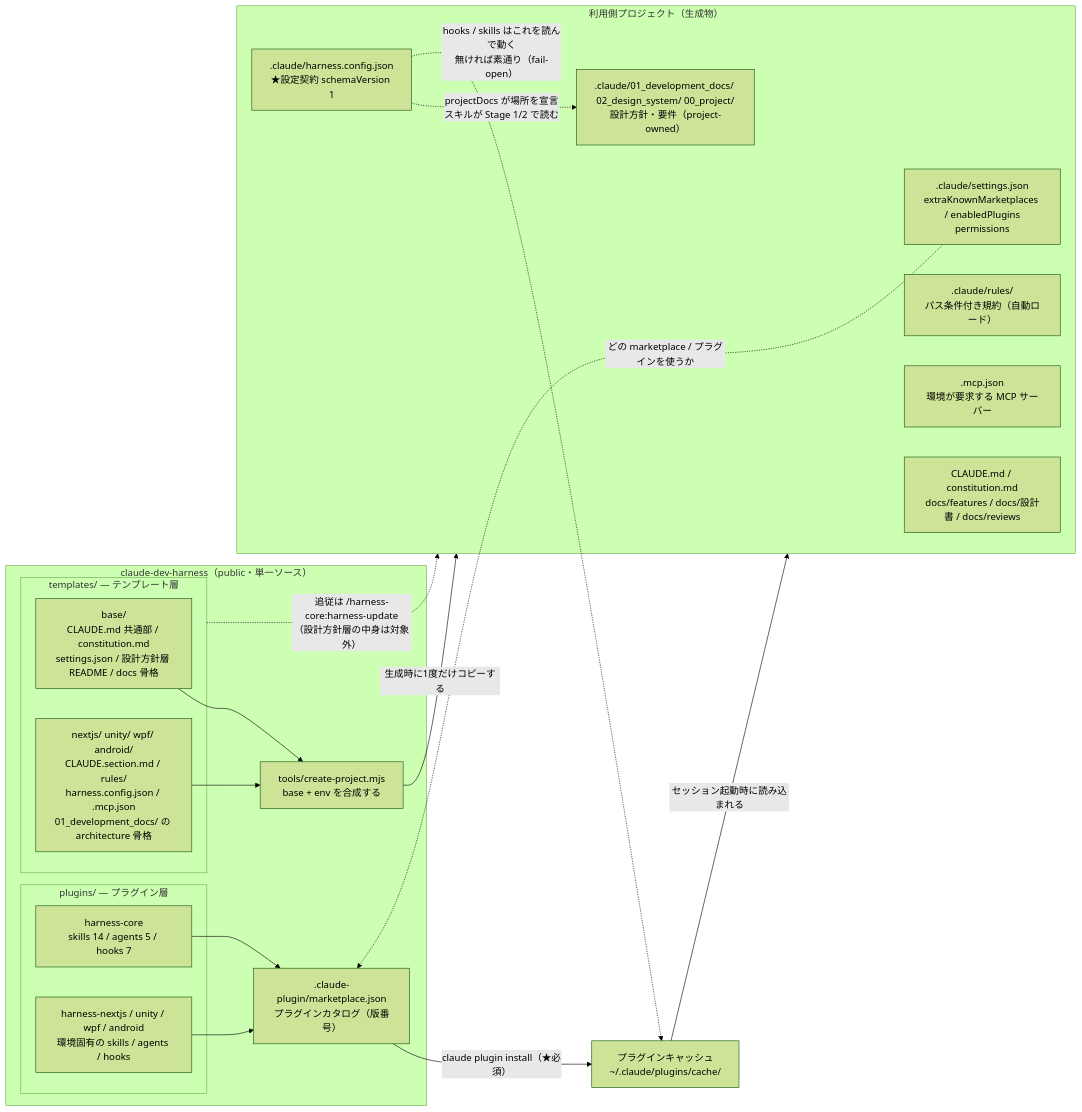
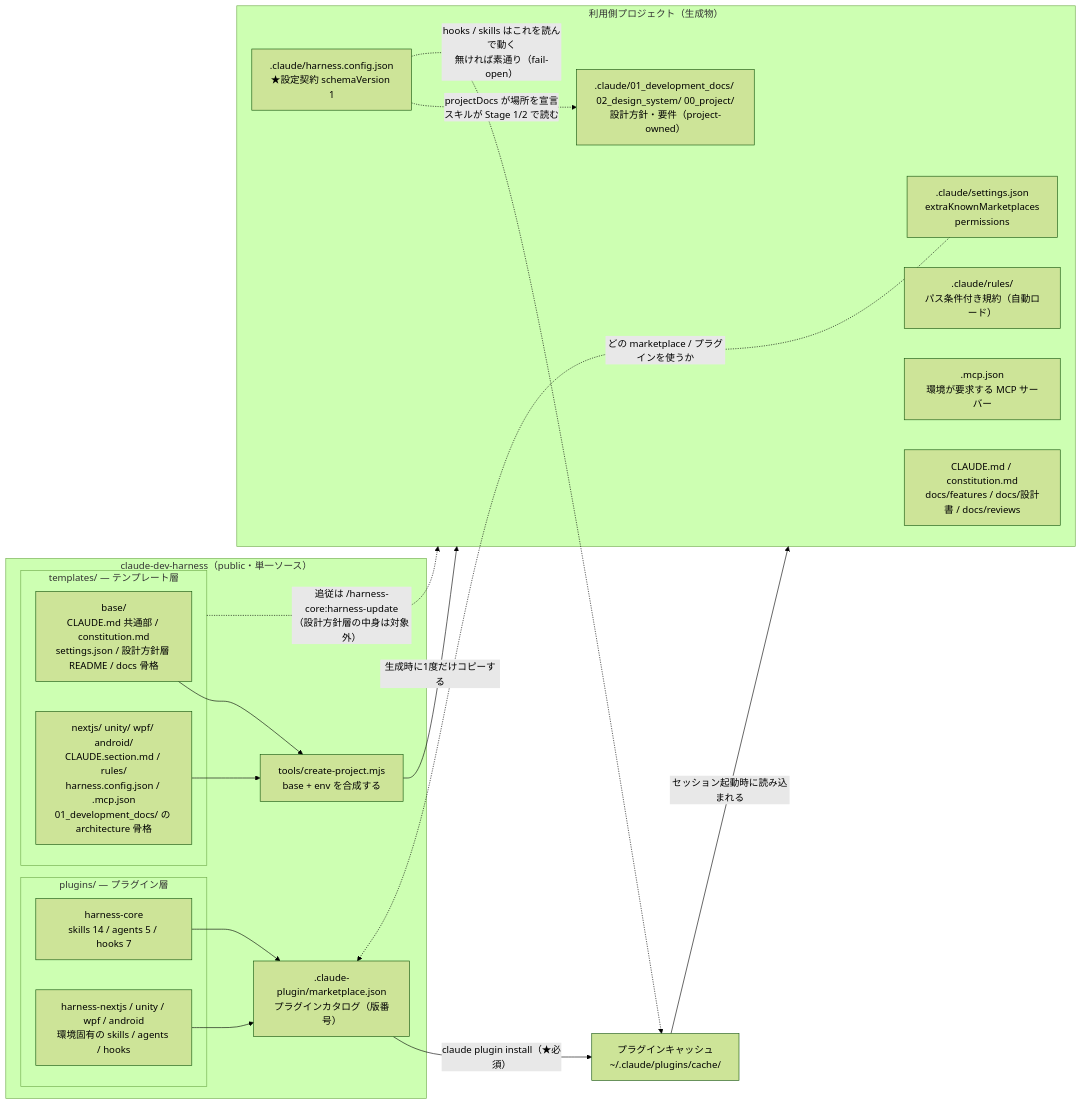
One commit to mizuta0711/claude-dev-harness changed the diagram in docs/diagrams/01_全体アーキテクチャ図.md. Above: the diagram before and after it, drawn with Mermaid (forest theme). The commit also changed other lines of this file and 22 other files, not shown here.

````diff
--- a/docs/diagrams/01_全体アーキテクチャ図.md
+++ b/docs/diagrams/01_全体アーキテクチャ図.md
@@ -31,40 +31,40 @@
 ```mermaid
 flowchart LR
     subgraph REPO["claude-dev-harness（public・単一ソース）"]
         MP[".claude-plugin/marketplace.json<br/>プラグインカタログ（版番号）"]
         subgraph PLUGINS["plugins/ — プラグイン層"]
             CORE["harness-core<br/>skills 14 / agents 5 / hooks 7"]
             ENVP["harness-nextjs / unity / wpf / android<br/>環境固有の skills / agents / hooks"]
         end
         subgraph TEMPL["templates/ — テンプレート層"]
             TB["base/<br/>CLAUDE.md 共通部 / constitution.md<br/>settings.json / 設計方針層 README / docs 骨格"]
             TE["nextjs/ unity/ wpf/ android/<br/>CLAUDE.section.md / rules/<br/>harness.config.json / .mcp.json<br/>01_development_docs/ の architecture 骨格"]
         end
         TOOL["tools/create-project.mjs<br/>base + env を合成する"]
     end
 
     CACHE["プラグインキャッシュ<br/>~/.claude/plugins/cache/"]
 
     subgraph PROJ["利用側プロジェクト（生成物）"]
-        SET[".claude/settings.json<br/>extraKnownMarketplaces / enabledPlugins<br/>permissions"]
+        SET[".claude/settings.json<br/>extraKnownMarketplaces<br/>permissions"]
         CFG[".claude/harness.config.json<br/>★設定契約 schemaVersion 1"]
         RUL[".claude/rules/<br/>パス条件付き規約（自動ロード）"]
         PPOL[".claude/01_development_docs/ 02_design_system/ 00_project/<br/>設計方針・要件（project-owned）"]
         MCPJ[".mcp.json<br/>環境が要求する MCP サーバー"]
         PDOC["CLAUDE.md / constitution.md<br/>docs/features / docs/設計書 / docs/reviews"]
     end
 
     CORE --> MP
     ENVP --> MP
     TB --> TOOL
     TE --> TOOL
 
     MP -->|"claude plugin install（★必須）"| CACHE
     CACHE -->|"セッション起動時に読み込まれる"| PROJ
     TOOL -->|"生成時に1度だけコピーする"| PROJ
     TEMPL -.->|"追従は /harness-core:harness-update<br/>（設計方針層の中身は対象外）"| PROJ
     CFG -.->|"projectDocs が場所を宣言<br/>スキルが Stage 1/2 で読む"| PPOL
 
     CFG -.->|"hooks / skills はこれを読んで動く<br/>無ければ素通り（fail-open）"| CACHE
     SET -.->|"どの marketplace / プラグインを使うか"| MP
 ```
````
